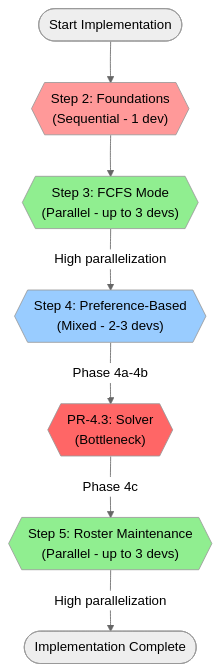
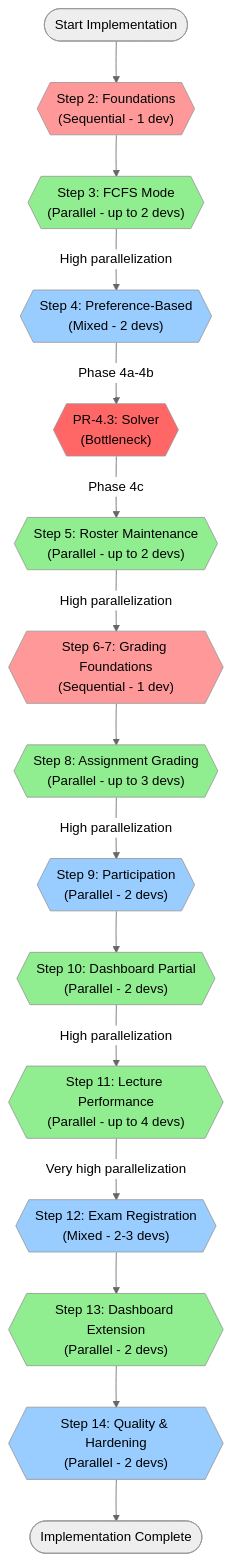
Diagram 13 of 13 in architecture/src/features/parallelization.md (MaMpf-HD/mampf), drawn with Mermaid (neutral theme) before and after one commit. The commit also changed other lines of this file and 12 other files, not shown here.

Commit message:
Revise exam registration

````diff
--- a/architecture/src/features/parallelization.md
+++ b/architecture/src/features/parallelization.md
@@ -441,24 +780,48 @@
 ```mermaid
 flowchart TD
     Start([Start Implementation])
-    
+
     Step2{{"Step 2: Foundations<br/>(Sequential - 1 dev)"}}
-    Step3{{"Step 3: FCFS Mode<br/>(Parallel - up to 3 devs)"}}
-    Step4{{"Step 4: Preference-Based<br/>(Mixed - 2-3 devs)"}}
+    Step3{{"Step 3: FCFS Mode<br/>(Parallel - up to 2 devs)"}}
+    Step4{{"Step 4: Preference-Based<br/>(Mixed - 2 devs)"}}
     Step4b{{"PR-4.3: Solver<br/>(Bottleneck)"}}
-    Step5{{"Step 5: Roster Maintenance<br/>(Parallel - up to 3 devs)"}}
+    Step5{{"Step 5: Roster Maintenance<br/>(Parallel - up to 2 devs)"}}
+    Step6{{"Step 6-7: Grading Foundations<br/>(Sequential - 1 dev)"}}
+    Step8{{"Step 8: Assignment Grading<br/>(Parallel - up to 3 devs)"}}
+    Step9{{"Step 9: Participation<br/>(Parallel - 2 devs)"}}
+    Step10{{"Step 10: Dashboard Partial<br/>(Parallel - 2 devs)"}}
+    Step11{{"Step 11: Lecture Performance<br/>(Parallel - up to 4 devs)"}}
+    Step12{{"Step 12: Exam Registration<br/>(Mixed - 2-3 devs)"}}
+    Step13{{"Step 13: Dashboard Extension<br/>(Parallel - 2 devs)"}}
+    Step14{{"Step 14: Quality & Hardening<br/>(Parallel - 2 devs)"}}
     Done([Implementation Complete])
-    
+
     Start --> Step2
     Step2 --> Step3
     Step3 -->|High parallelization| Step4
     Step4 -->|Phase 4a-4b| Step4b
     Step4b -->|Phase 4c| Step5
-    Step5 -->|High parallelization| Done
-    
+    Step5 -->|High parallelization| Step6
+    Step6 --> Step8
+    Step8 -->|High parallelization| Step9
+    Step9 --> Step10
+    Step10 -->|High parallelization| Step11
+    Step11 -->|Very high parallelization| Step12
+    Step12 --> Step13
+    Step13 --> Step14
+    Step14 --> Done
+
     style Step2 fill:#ff9999
     style Step3 fill:#90ee90
     style Step4 fill:#99ccff
     style Step4b fill:#ff6666
     style Step5 fill:#90ee90
+    style Step6 fill:#ff9999
+    style Step8 fill:#90ee90
+    style Step9 fill:#99ccff
+    style Step10 fill:#90ee90
+    style Step11 fill:#90ee90
+    style Step12 fill:#99ccff
+    style Step13 fill:#90ee90
+    style Step14 fill:#99ccff
 ```
````
